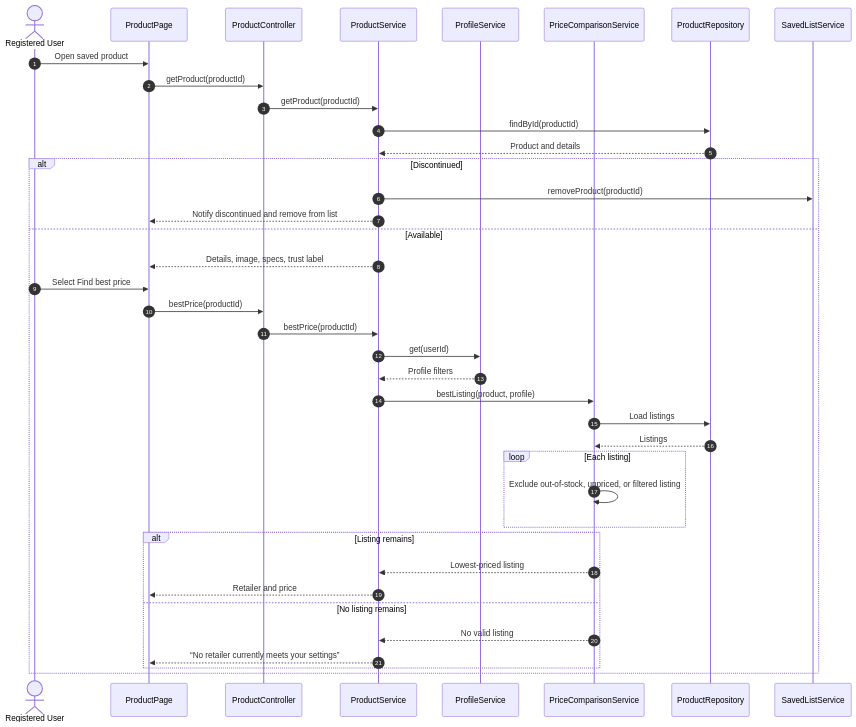
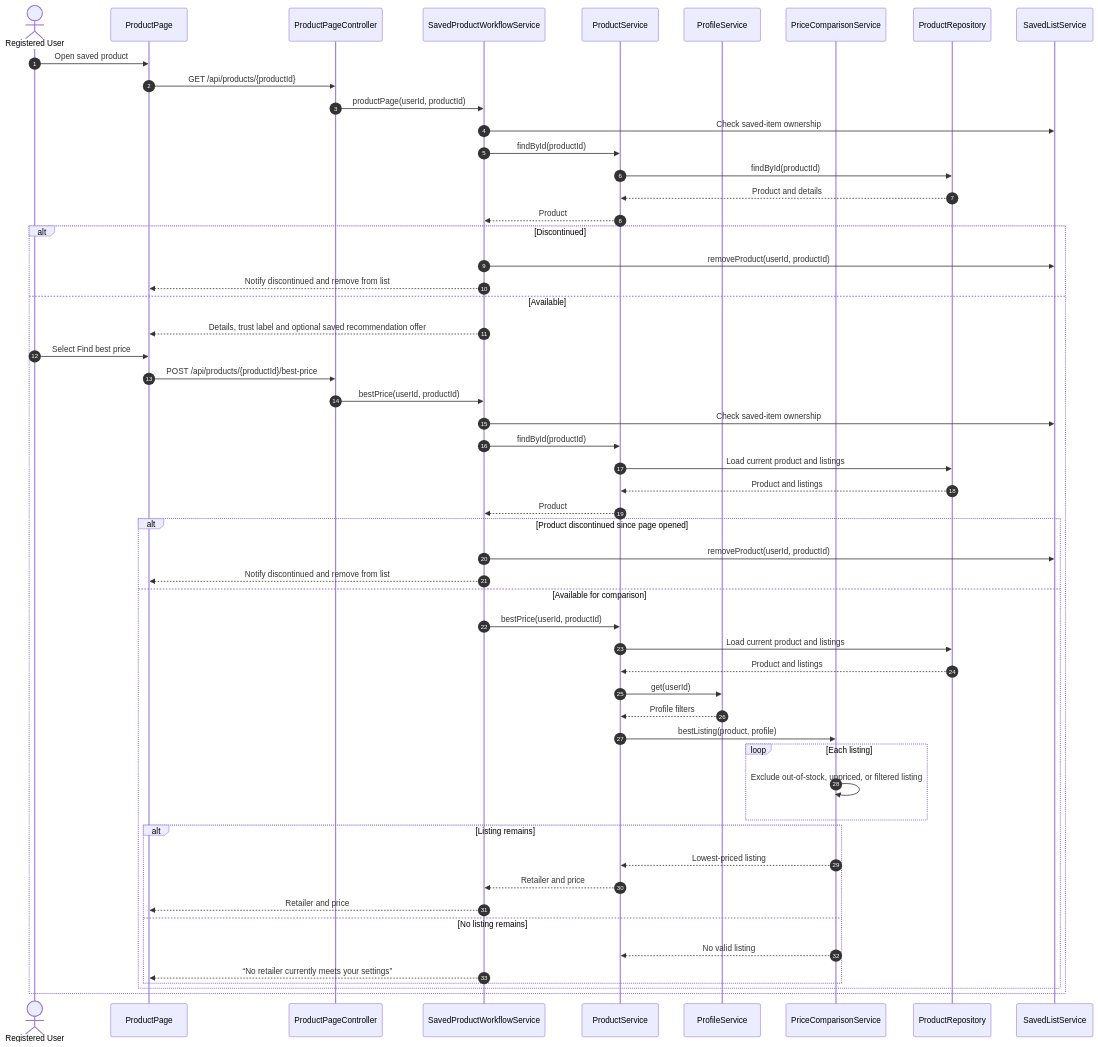
The eighth of 13 diagrams in docs/design.md (jordantran092/AI-Agent-App-Product-Finder), drawn with Mermaid before and after one commit. The commit also changed other lines of this file and 28 other files, not shown here.

Commit message:
Added missing find best price button implementation in F05. Fixed bug where price found in chatbox was not matching price in F05

````diff
--- a/docs/design.md
+++ b/docs/design.md
@@ -1584,41 +1634,57 @@
 ```mermaid
 sequenceDiagram
     autonumber
     actor User as Registered User
     participant UI as ProductPage
-    participant C as ProductController
+    participant C as ProductPageController
+    participant W as SavedProductWorkflowService
     participant S as ProductService
     participant P as ProfileService
     participant PC as PriceComparisonService
     participant R as ProductRepository
     participant List as SavedListService
     User->>UI: Open saved product
-    UI->>C: getProduct(productId)
-    C->>S: getProduct(productId)
+    UI->>C: GET /api/products/{productId}
+    C->>W: productPage(userId, productId)
+    W->>List: Check saved-item ownership
+    W->>S: findById(productId)
     S->>R: findById(productId)
     R-->>S: Product and details
+    S-->>W: Product
     alt Discontinued
-        S->>List: removeProduct(productId)
-        S-->>UI: Notify discontinued and remove from list
+        W->>List: removeProduct(userId, productId)
+        W-->>UI: Notify discontinued and remove from list
     else Available
-        S-->>UI: Details, image, specs, trust label
+        W-->>UI: Details, trust label and optional saved recommendation offer
         User->>UI: Select Find best price
-        UI->>C: bestPrice(productId)
-        C->>S: bestPrice(productId)
-        S->>P: get(userId)
-        P-->>S: Profile filters
-        S->>PC: bestListing(product, profile)
-        PC->>R: Load listings
-        R-->>PC: Listings
-        loop Each listing
-            PC->>PC: Exclude out-of-stock, unpriced, or filtered listing
-        end
-        alt Listing remains
-            PC-->>S: Lowest-priced listing
-            S-->>UI: Retailer and price
-        else No listing remains
-            PC-->>S: No valid listing
-            S-->>UI: “No retailer currently meets your settings”
+        UI->>C: POST /api/products/{productId}/best-price
+        C->>W: bestPrice(userId, productId)
+        W->>List: Check saved-item ownership
+        W->>S: findById(productId)
+        S->>R: Load current product and listings
+        R-->>S: Product and listings
+        S-->>W: Product
+        alt Product discontinued since page opened
+            W->>List: removeProduct(userId, productId)
+            W-->>UI: Notify discontinued and remove from list
+        else Available for comparison
+            W->>S: bestPrice(userId, productId)
+            S->>R: Load current product and listings
+            R-->>S: Product and listings
+            S->>P: get(userId)
+            P-->>S: Profile filters
+            S->>PC: bestListing(product, profile)
+            loop Each listing
+                PC->>PC: Exclude out-of-stock, unpriced, or filtered listing
+            end
+            alt Listing remains
+                PC-->>S: Lowest-priced listing
+                S-->>W: Retailer and price
+                W-->>UI: Retailer and price
+            else No listing remains
+                PC-->>S: No valid listing
+                W-->>UI: “No retailer currently meets your settings”
+            end
         end
     end
 ```
````
